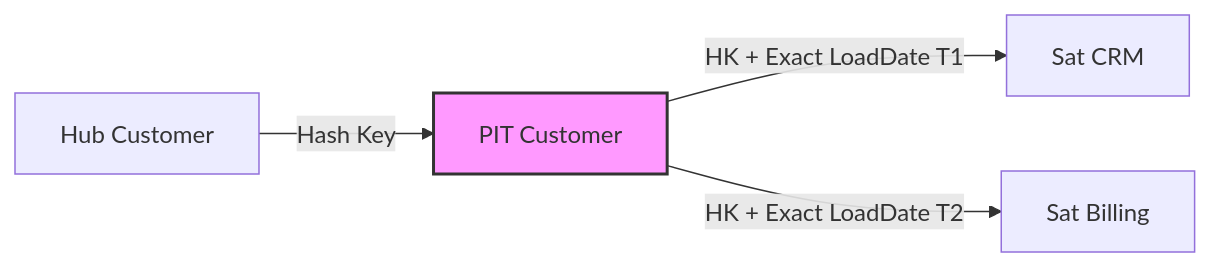
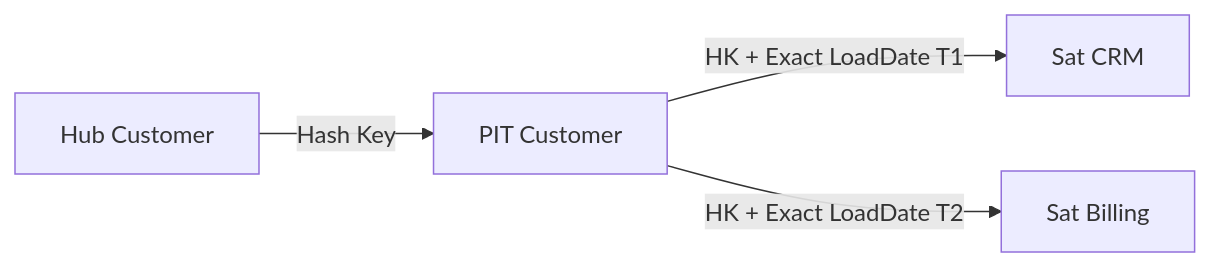
One commit to kythuatdulieu/kythuatdulieu.github.io changed the second of 2 diagrams in src/content/docs/concepts/6-data-modeling-transformation/data-vault-modeling.md. Above: the diagram before and after it, drawn with Mermaid. The commit also changed 686 other files, not shown here.

````diff
--- a/src/content/docs/concepts/6-data-modeling-transformation/data-vault-modeling.md
+++ b/src/content/docs/concepts/6-data-modeling-transformation/data-vault-modeling.md
@@ -171,8 +171,7 @@
 ```mermaid
 flowchart LR
     A["Hub Customer"] -->|Hash Key| B["PIT Customer"]
     B -->|HK + Exact LoadDate T1| C["Sat CRM"]
     B -->|HK + Exact LoadDate T2| D["Sat Billing"]
-    
-    style B fill:#f9f,stroke:#333,stroke-width:2px
+
 ```
````
